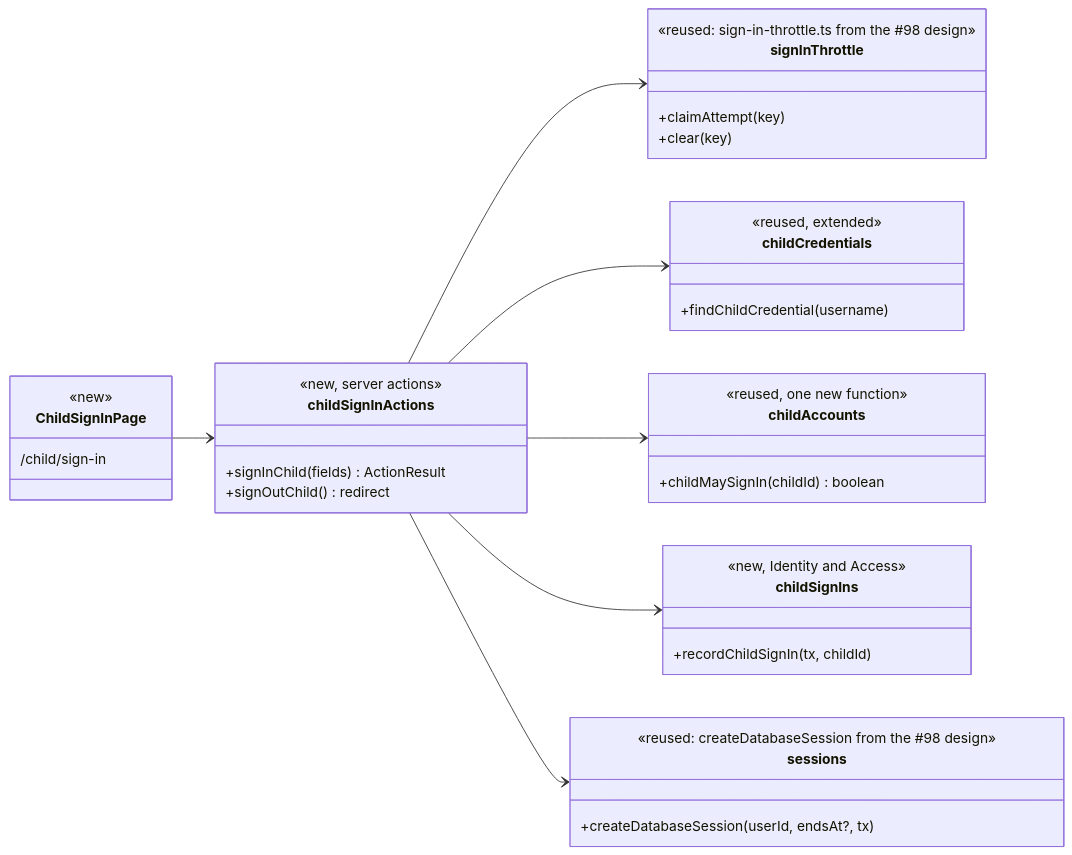
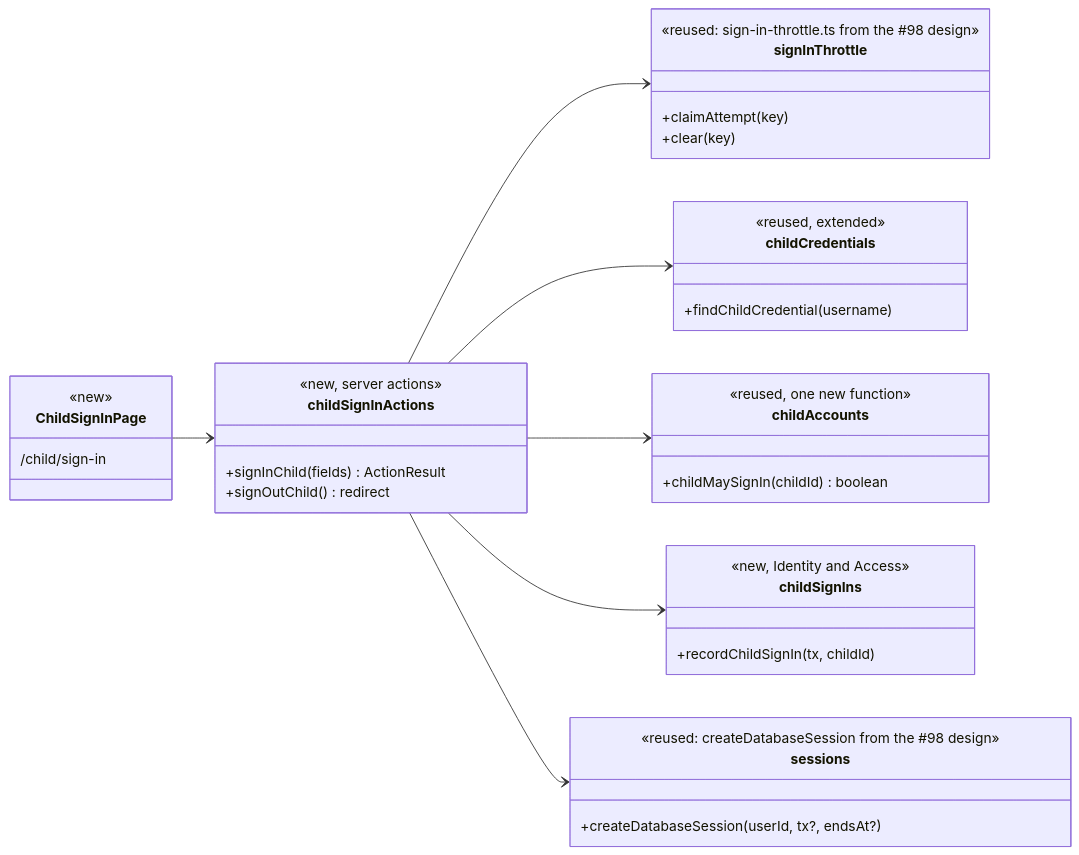
Before and after one commit to videogames21/book_buddies: the third of 9 diagrams in design/shlf.md, drawn with Mermaid. The commit also changed other lines of this file and 9 other files, not shown here.

````diff
--- a/design/shlf.md
+++ b/design/shlf.md
@@ -152,40 +154,40 @@
 ```mermaid
 classDiagram
     direction LR
     class ChildSignInPage {
         <<new>>
         /child/sign-in
     }
     class childSignInActions {
         <<new, server actions>>
         +signInChild(fields) ActionResult
         +signOutChild() redirect
     }
     class signInThrottle {
         <<reused: sign-in-throttle.ts from the #98 design>>
         +claimAttempt(key)
         +clear(key)
     }
     class childSignIns {
         <<new, Identity and Access>>
         +recordChildSignIn(tx, childId)
     }
     class childCredentials {
         <<reused, extended>>
         +findChildCredential(username)
     }
     class childAccounts {
         <<reused, one new function>>
         +childMaySignIn(childId) boolean
     }
     class sessions {
         <<reused: createDatabaseSession from the #98 design>>
-        +createDatabaseSession(userId, endsAt?, tx)
+        +createDatabaseSession(userId, tx?, endsAt?)
     }
     ChildSignInPage --> childSignInActions
     childSignInActions --> signInThrottle
     childSignInActions --> childCredentials
     childSignInActions --> childAccounts
     childSignInActions --> childSignIns
     childSignInActions --> sessions
 ```
````
